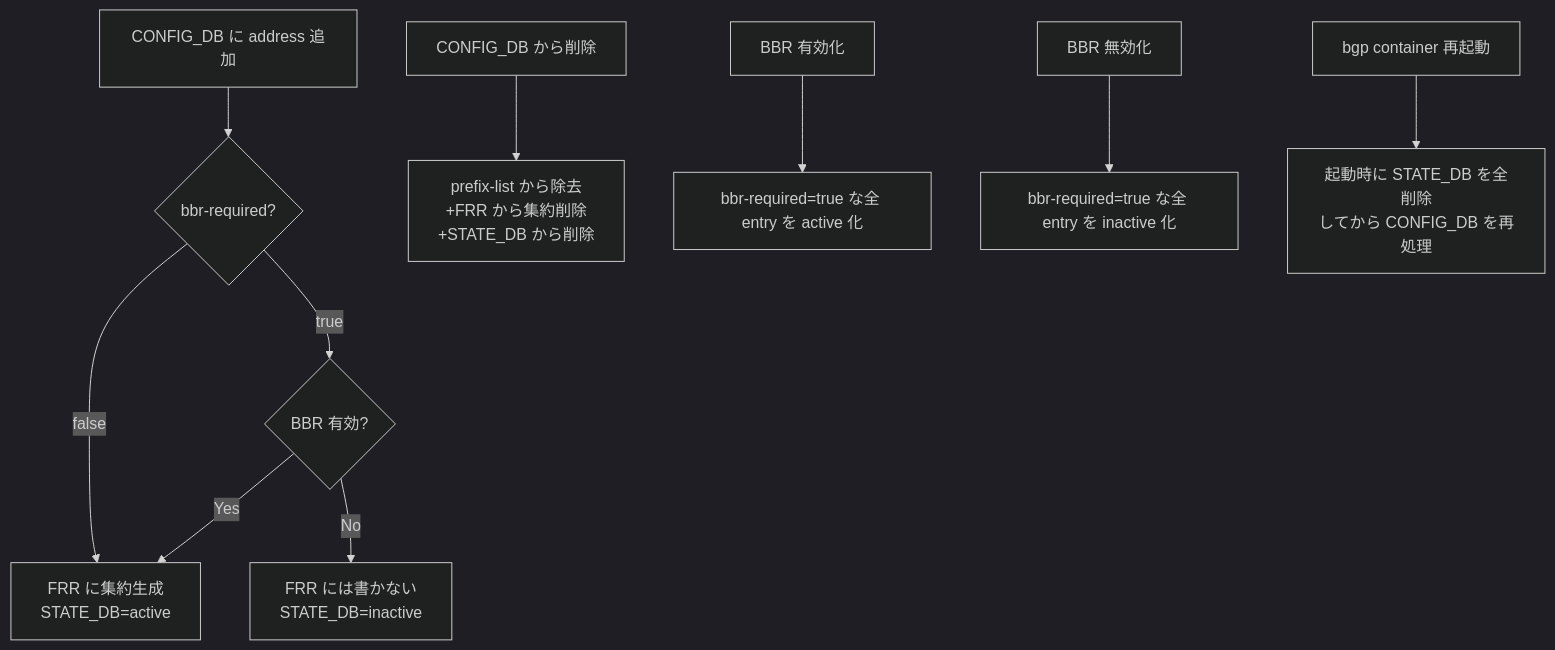
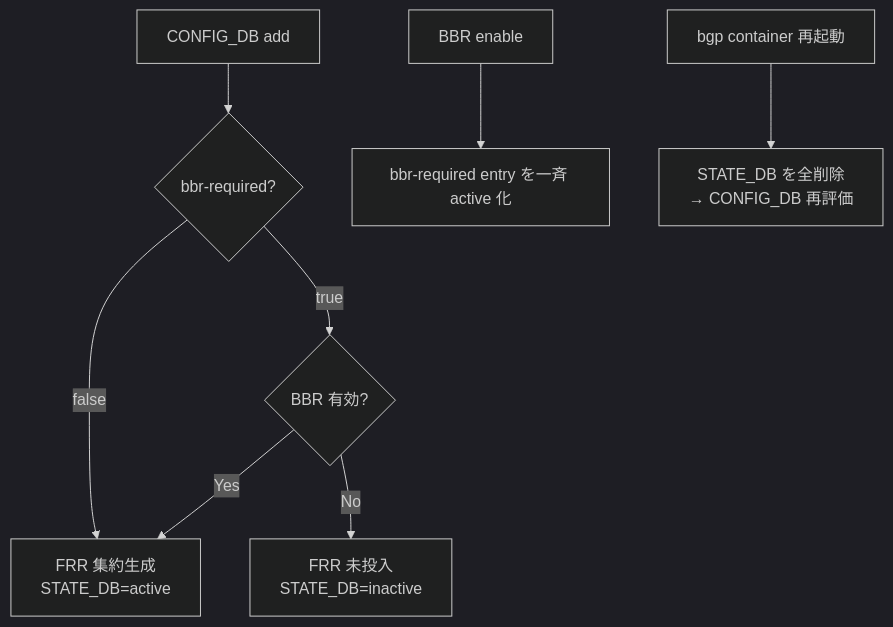
One commit to aoki-taquan/sonic-unofficial-docs changed the diagram in docs/routing/bgp-route-aggregation-with-bbr-awareness.md. Above: the diagram before and after it, drawn with Mermaid (dark theme). The commit also changed other lines of this file and 7 other files, not shown here.

````diff
--- a/docs/routing/bgp-route-aggregation-with-bbr-awareness.md
+++ b/docs/routing/bgp-route-aggregation-with-bbr-awareness.md
@@ -61,12 +48,10 @@
 ```mermaid
 flowchart TD
-  ADD[CONFIG_DB に address 追加] --> R{bbr-required?}
-  R -->|false| GEN[FRR に集約生成<br>STATE_DB=active]
+  ADD[CONFIG_DB add] --> R{bbr-required?}
+  R -->|false| GEN[FRR 集約生成<br>STATE_DB=active]
   R -->|true| BBR{BBR 有効?}
   BBR -->|Yes| GEN
-  BBR -->|No| INACT[FRR には書かない<br>STATE_DB=inactive]
-  RM[CONFIG_DB から削除] --> CLEAN[prefix-list から除去<br>+FRR から集約削除<br>+STATE_DB から削除]
-  EBBR[BBR 有効化] --> SCAN1[bbr-required=true な全 entry を active 化]
-  DBBR[BBR 無効化] --> SCAN2[bbr-required=true な全 entry を inactive 化]
-  RST[bgp container 再起動] --> CLR[起動時に STATE_DB を全削除\nしてから CONFIG_DB を再処理]
+  BBR -->|No| INACT[FRR 未投入<br>STATE_DB=inactive]
+  EBBR[BBR enable] --> SCAN[bbr-required entry を一斉 active 化]
+  RST[bgp container 再起動] --> CLR[STATE_DB を全削除<br>→ CONFIG_DB 再評価]
 ```
````
